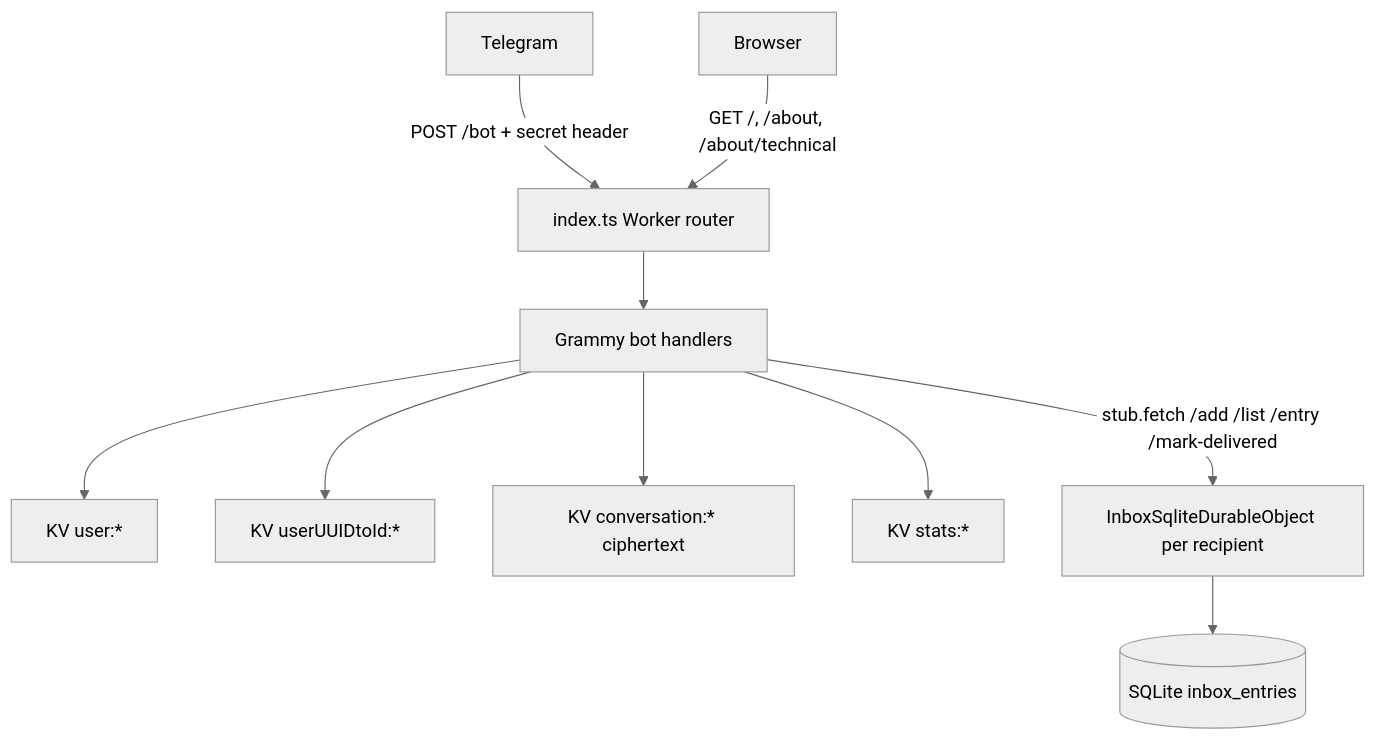
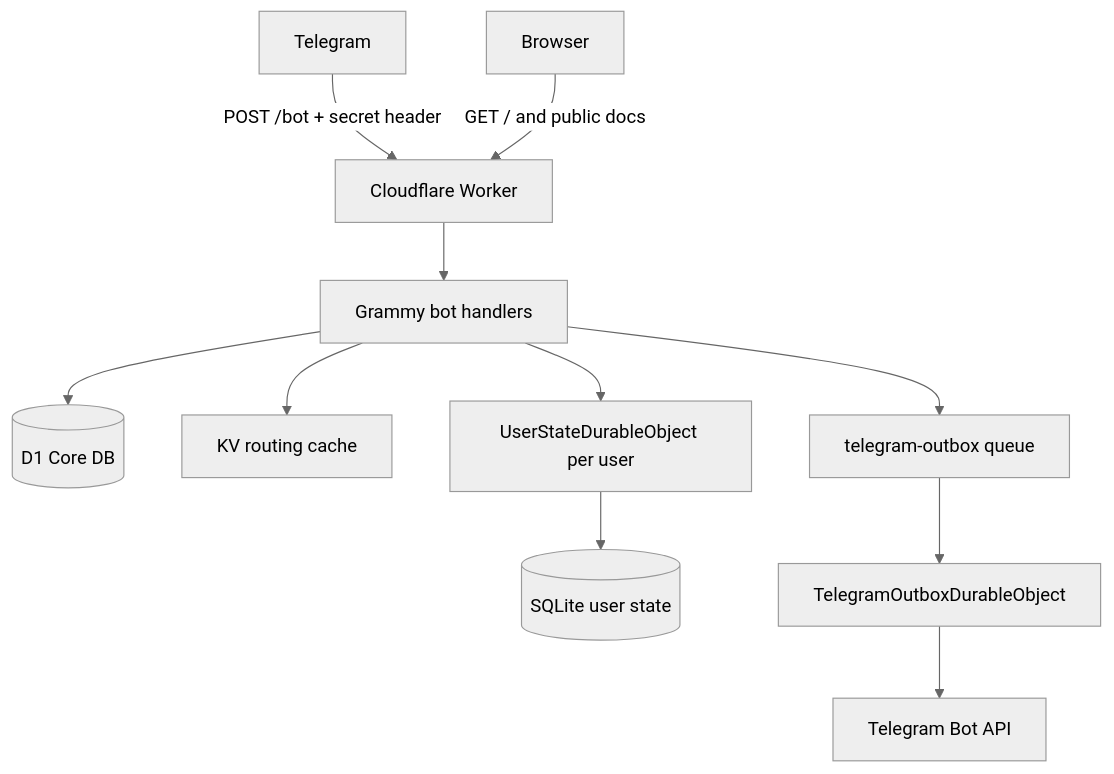
Before and after one commit to mohetios/nekonymous: the first of 2 diagrams in README.md, drawn with Mermaid (neutral theme). The commit also changed other lines of this file and 39 other files, not shown here.

First line of the commit message:
Refactor to V1 core architecture with D1, UserState DO, and outbox queue.

````diff
--- a/README.md
+++ b/README.md
@@ -47,13 +88,16 @@
 ```mermaid
 flowchart TB
-  TG[Telegram] -->|POST /bot + secret header| Worker[index.ts Worker router]
-  Browser[Browser] -->|GET /, /about, /about/technical| Worker
+  TG[Telegram] -->|POST /bot + secret header| Worker[Cloudflare Worker]
+  Browser[Browser] -->|GET / and public docs| Worker
 
   Worker --> Bot[Grammy bot handlers]
-  Bot --> Users[KV user:*]
-  Bot --> Links[KV userUUIDtoId:*]
-  Bot --> Conv[KV conversation:* ciphertext]
-  Bot --> Stats[KV stats:*]
-  Bot -->|stub.fetch /add /list /entry /mark-delivered| Inbox[InboxSqliteDurableObject per recipient]
-  Inbox --> SQL[(SQLite inbox_entries)]
+
+  Bot --> D1[(D1 Core DB)]
+  Bot --> KV[KV routing cache]
+  Bot --> UserState[UserStateDurableObject per user]
+  UserState --> UserSQL[(SQLite user state)]
+
+  Bot --> Queue[telegram-outbox queue]
+  Queue --> Outbox[TelegramOutboxDurableObject]
+  Outbox --> TGAPI[Telegram Bot API]
 ```
````
